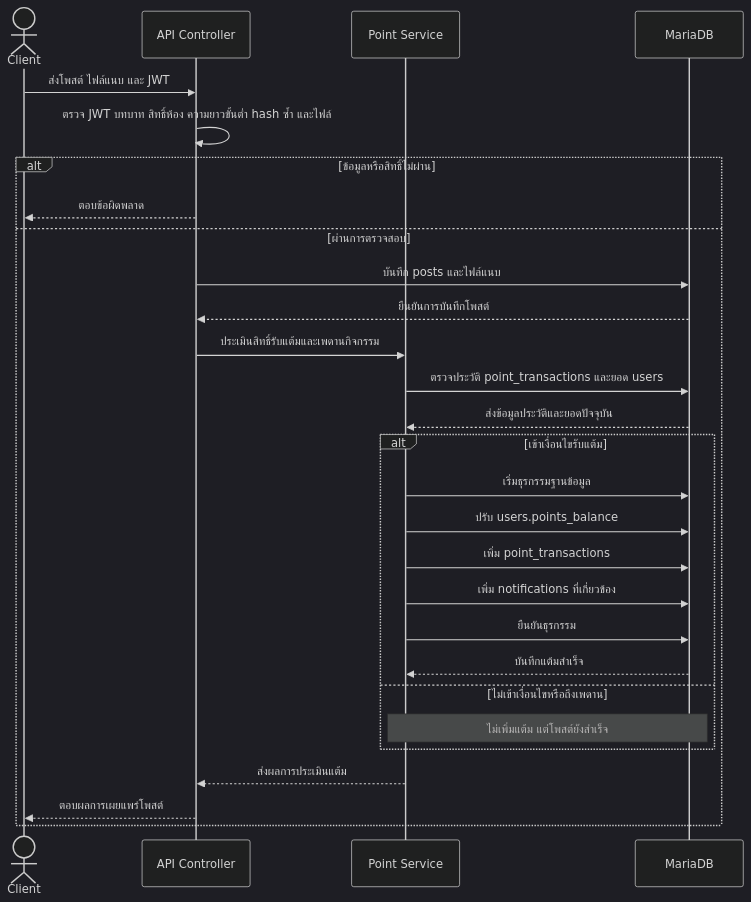
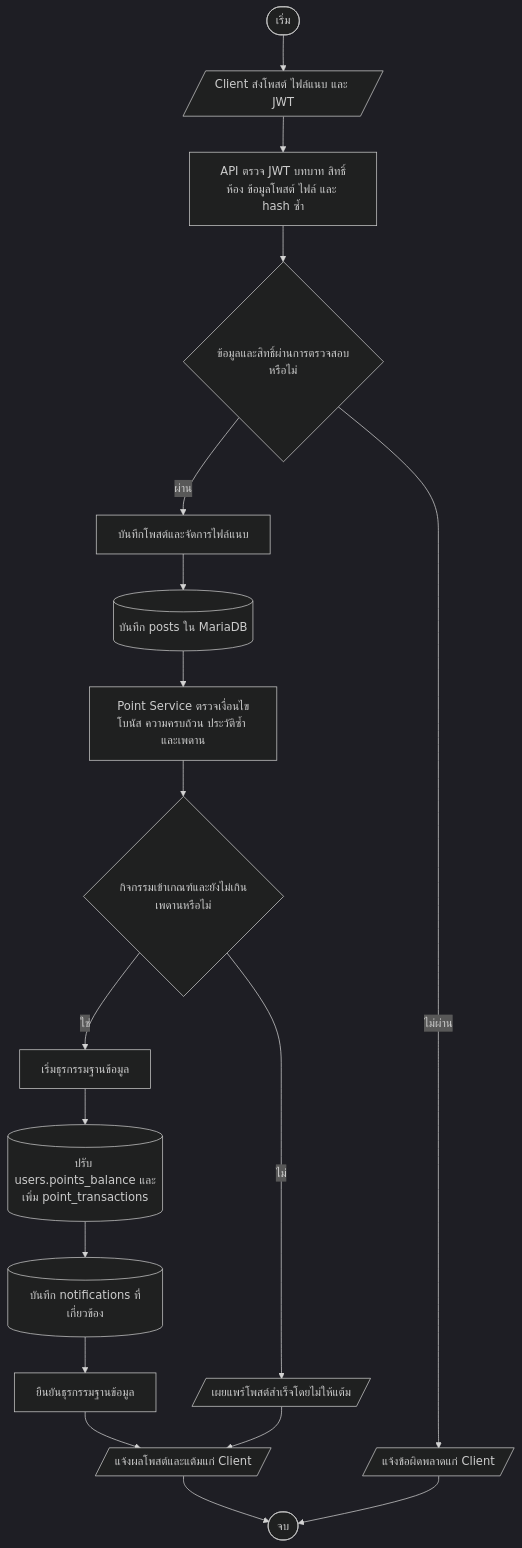
One commit to phuwishpk/LSP-SIET changed the third of 3 diagrams in docs-Tisit/บทที่ 3/section_3_3_community_and_gamification.md. Above: the diagram before and after it, drawn with Mermaid (dark theme). The commit also changed other lines of this file and 1 other file, not shown here.

Commit message:
feat: update flowcharts and documentation for community and KMITL RAG AI systems; enhance clarity and detail in processes

````diff
--- a/docs-Tisit/บทที่ 3/section_3_3_community_and_gamification.md
+++ b/docs-Tisit/บทที่ 3/section_3_3_community_and_gamification.md
@@ -143,31 +159,20 @@
 ```mermaid
-sequenceDiagram
-    actor Client
-    participant API as API Controller
-    participant Point as Point Service
-    participant DB as MariaDB
-
-    Client->>API: ส่งโพสต์ ไฟล์แนบ และ JWT
-    API->>API: ตรวจ JWT บทบาท สิทธิ์ห้อง ความยาวขั้นต่ำ hash ซ้ำ และไฟล์
-    alt ข้อมูลหรือสิทธิ์ไม่ผ่าน
-        API-->>Client: ตอบข้อผิดพลาด
-    else ผ่านการตรวจสอบ
-        API->>DB: บันทึก posts และไฟล์แนบ
-        DB-->>API: ยืนยันการบันทึกโพสต์
-        API->>Point: ประเมินสิทธิ์รับแต้มและเพดานกิจกรรม
-        Point->>DB: ตรวจประวัติ point_transactions และยอด users
-        DB-->>Point: ส่งข้อมูลประวัติและยอดปัจจุบัน
-        alt เข้าเงื่อนไขรับแต้ม
-            Point->>DB: เริ่มธุรกรรมฐานข้อมูล
-            Point->>DB: ปรับ users.points_balance
-            Point->>DB: เพิ่ม point_transactions
-            Point->>DB: เพิ่ม notifications ที่เกี่ยวข้อง
-            Point->>DB: ยืนยันธุรกรรม
-            DB-->>Point: บันทึกแต้มสำเร็จ
-        else ไม่เข้าเงื่อนไขหรือถึงเพดาน
-            Note over Point,DB: ไม่เพิ่มแต้ม แต่โพสต์ยังสำเร็จ
-        end
-        Point-->>API: ส่งผลการประเมินแต้ม
-        API-->>Client: ตอบผลการเผยแพร่โพสต์
-    end
+flowchart TD
+    A([เริ่ม]) --> B[/Client ส่งโพสต์ ไฟล์แนบ และ JWT/]
+    B --> C[API ตรวจ JWT บทบาท สิทธิ์ห้อง ข้อมูลโพสต์ ไฟล์ และ hash ซ้ำ]
+    C --> D{ข้อมูลและสิทธิ์ผ่านการตรวจสอบหรือไม่}
+    D -- ไม่ผ่าน --> X1[/แจ้งข้อผิดพลาดแก่ Client/]
+    D -- ผ่าน --> E[บันทึกโพสต์และจัดการไฟล์แนบ]
+    E --> E1[(บันทึก posts ใน MariaDB)]
+    E1 --> F[Point Service ตรวจเงื่อนไขโบนัส ความครบถ้วน ประวัติซ้ำ และเพดาน]
+    F --> G{กิจกรรมเข้าเกณฑ์และยังไม่เกินเพดานหรือไม่}
+    G -- ไม่ --> H[/เผยแพร่โพสต์สำเร็จโดยไม่ให้แต้ม/]
+    G -- ใช่ --> I[เริ่มธุรกรรมฐานข้อมูล]
+    I --> J[(ปรับ users.points_balance และเพิ่ม point_transactions)]
+    J --> K[(บันทึก notifications ที่เกี่ยวข้อง)]
+    K --> L[ยืนยันธุรกรรมฐานข้อมูล]
+    L --> M[/แจ้งผลโพสต์และแต้มแก่ Client/]
+    H --> M
+    M --> O([จบ])
+    X1 --> O
 ```
````
